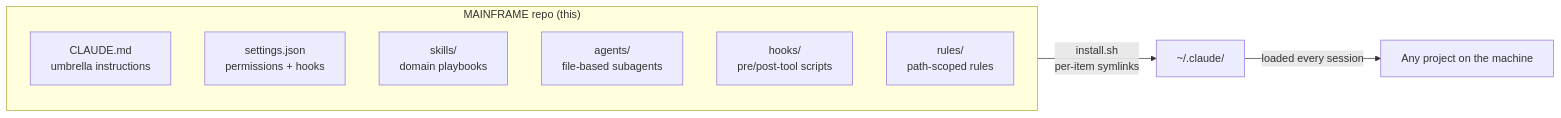
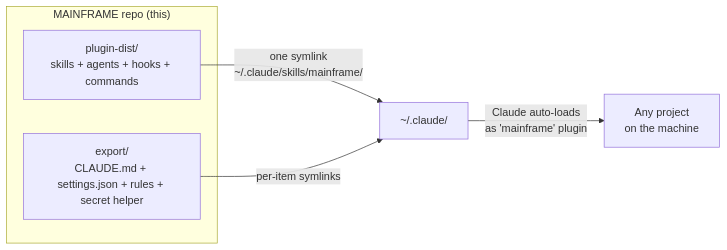
The first of 4 diagrams in README.md (CATWILLgh/MAINFRAME), drawn with Mermaid before and after one commit. The commit also changed other lines of this file, not shown here.

````diff
--- a/README.md
+++ b/README.md
@@ -62,14 +62,11 @@
 ```mermaid
 graph LR
     subgraph repo["MAINFRAME repo (this)"]
-      A1[CLAUDE.md<br/>umbrella instructions]
-      A2[settings.json<br/>permissions + hooks]
-      A3[skills/<br/>domain playbooks]
-      A4[agents/<br/>file-based subagents]
-      A5[hooks/<br/>pre/post-tool scripts]
-      A6[rules/<br/>path-scoped rules]
+      P[plugin-dist/<br/>skills + agents + hooks + commands]
+      E[export/<br/>CLAUDE.md + settings.json + rules + secret helper]
     end
 
-    repo -->|install.sh<br/>per-item symlinks| home[~/.claude/]
-    home -->|loaded every session| any[Any project on the machine]
+    P -->|one symlink<br/>~/.claude/skills/mainframe/| home[~/.claude/]
+    E -->|per-item symlinks| home
+    home -->|Claude auto-loads<br/>as 'mainframe' plugin| any[Any project<br/>on the machine]
 ```
````
